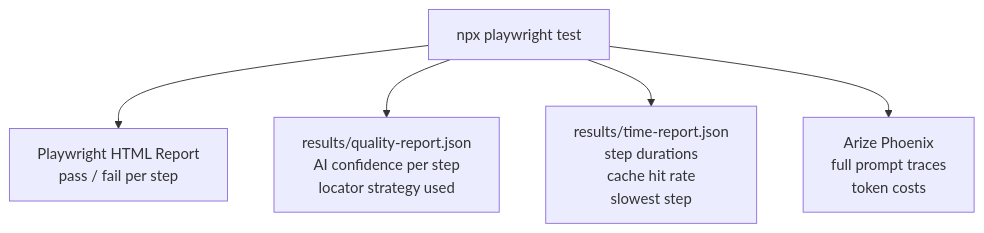
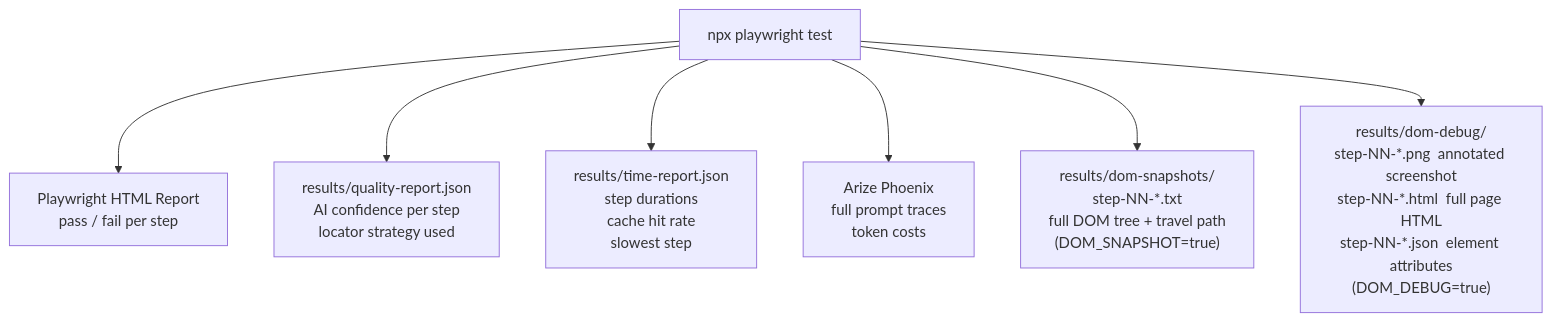
The seventh of 7 diagrams in examples/prompt-testing/API/workflow.md (vtanathip/sdet-handbook), drawn with Mermaid before and after one commit. The commit also changed other lines of this file and 5 other files, not shown here.

````diff
--- a/examples/prompt-testing/API/workflow.md
+++ b/examples/prompt-testing/API/workflow.md
@@ -182,9 +190,11 @@
 ```mermaid
 graph TD
     RUN["npx playwright test"]
 
     RUN --> HTML["Playwright HTML Report\npass / fail per step"]
     RUN --> QR["results/quality-report.json\nAI confidence per step\nlocator strategy used"]
     RUN --> TR["results/time-report.json\nstep durations\ncache hit rate\nslowest step"]
     RUN --> OTEL["Arize Phoenix\nfull prompt traces\ntoken costs"]
+    RUN --> DS["results/dom-snapshots/\nstep-NN-*.txt\nfull DOM tree + travel path\n(DOM_SNAPSHOT=true)"]
+    RUN --> DD["results/dom-debug/\nstep-NN-*.png  annotated screenshot\nstep-NN-*.html  full page HTML\nstep-NN-*.json  element attributes\n(DOM_DEBUG=true)"]
 ```
````
